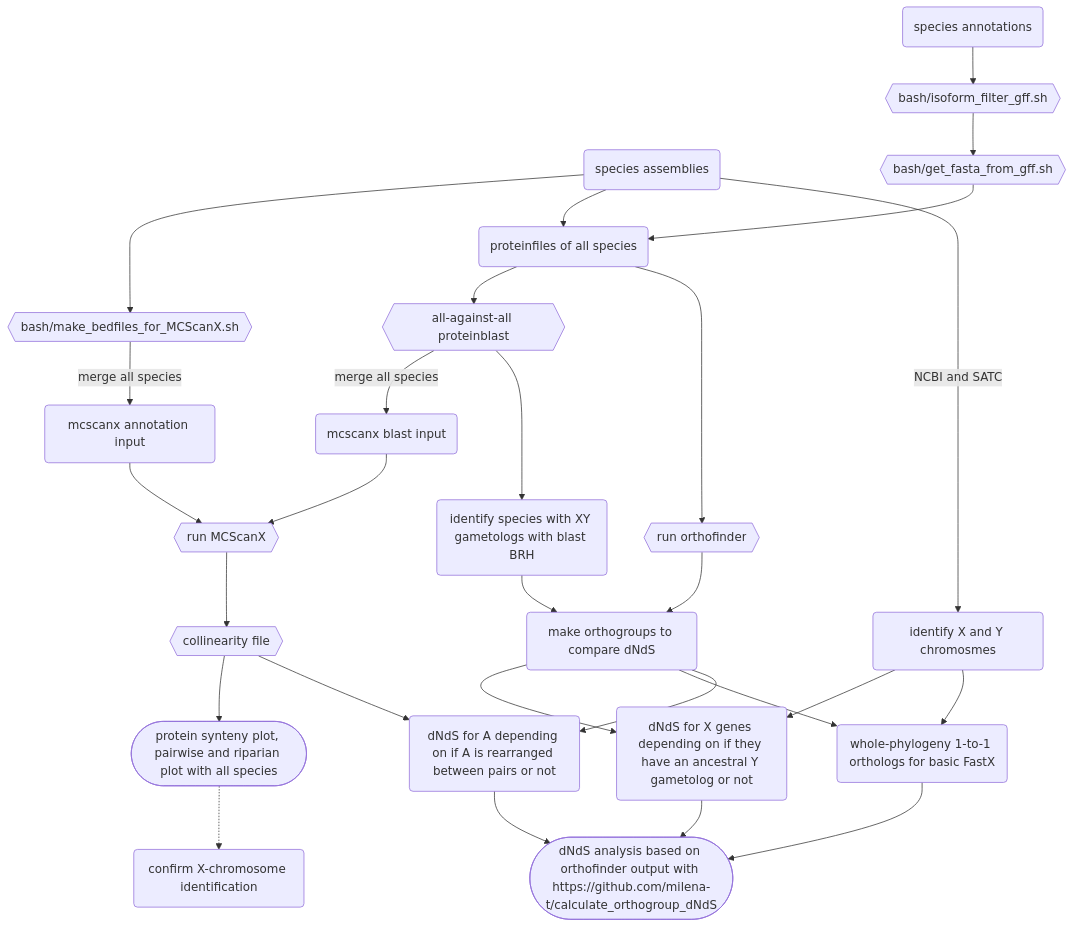
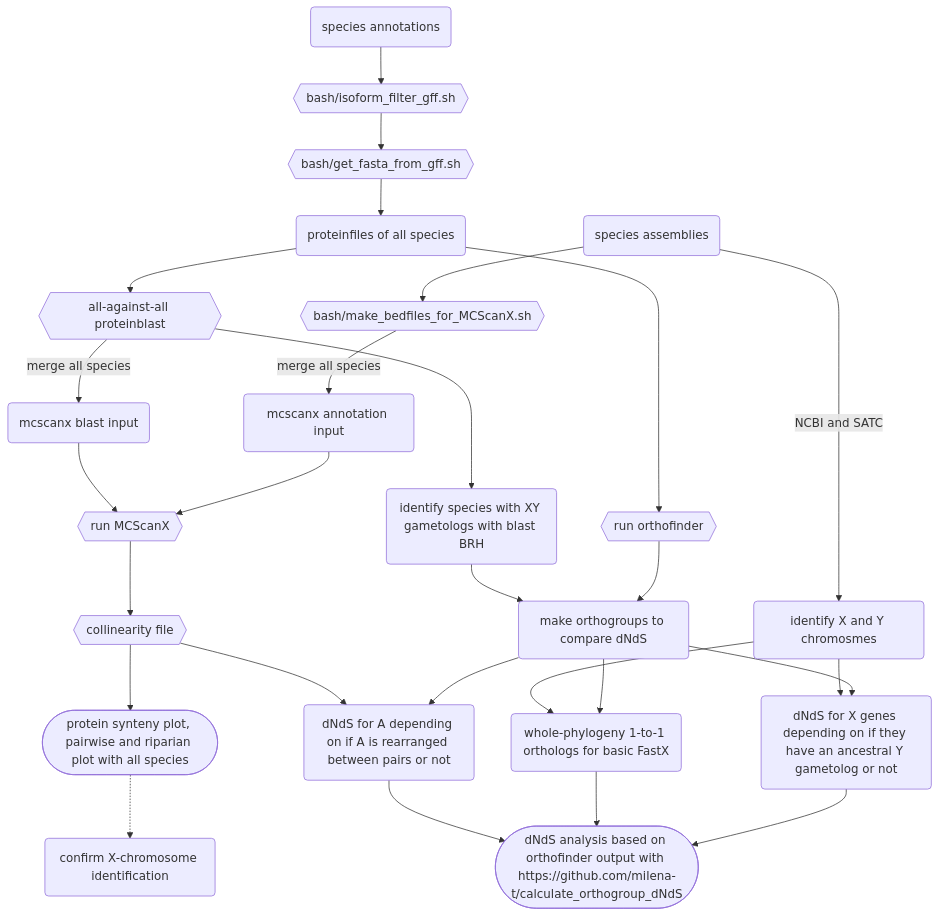
The diagram in README.md (milena-t/PhD_chapter3), drawn with Mermaid before and after one commit.

Commit message:
moremermaid

````diff
--- a/README.md
+++ b/README.md
@@ -55,46 +55,45 @@
 ```mermaid
 graph TD;
     species_Ass(species assemblies);
     species_Ass --> simplified_bed{{bash/make_bedfiles_for_MCScanX.sh}};
     simplified_bed -- merge all species --> mcscanx_bed(mcscanx annotation input);
     
     species_Ann(species annotations);
     species_Ann --> is_filter{{bash/isoform_filter_gff.sh}};
     is_filter --> get_prot{{bash/get_fasta_from_gff.sh}};
     get_prot --> protfiles(proteinfiles of all species);
-    species_Ass --> protfiles
     protfiles --> blast{{all-against-all proteinblast}};
     blast -- merge all species --> mcscanx_blast(mcscanx blast input);
-
+    
 
     mcscanx_bed --> run_mcscanx{{run MCScanX}};
     mcscanx_blast --> run_mcscanx
     run_mcscanx --> mcscanx_out{{collinearity file}}
     mcscanx_out --> mcscanx_plot([protein synteny plot, pairwise and riparian plot with all species])
     mcscanx_plot .-> conf_X(confirm X-chromosome identification)
 
     species_Ass -- NCBI and SATC --> XY_chr(identify X and Y chromosmes);
     protfiles --> orthofinder{{run orthofinder}};
     
     blast --> XY_paralogs(identify species with XY gametologs with blast BRH);
     dNdS_groups(make orthogroups to compare dNdS);
     orthofinder --> dNdS_groups;
     XY_paralogs --> dNdS_groups;
 
     rearrangeA(dNdS for A depending on if A is rearranged between pairs or not)
     basicFastX(whole-phylogeny 1-to-1 orthologs for basic FastX);
     gametologs(dNdS for X genes depending on if they have an ancestral Y gametolog or not);
 
     dNdS_groups --> gametologs;
     dNdS_groups --> basicFastX;
     dNdS_groups --> rearrangeA;
     XY_chr --> gametologs
     XY_chr --> basicFastX
     mcscanx_out --> rearrangeA
 
     OG_dNdS([dNdS analysis based on orthofinder output with https://github.com/milena-t/calculate_orthogroup_dNdS])
     gametologs --> OG_dNdS
     basicFastX --> OG_dNdS
     rearrangeA --> OG_dNdS
 
 ```   
````
